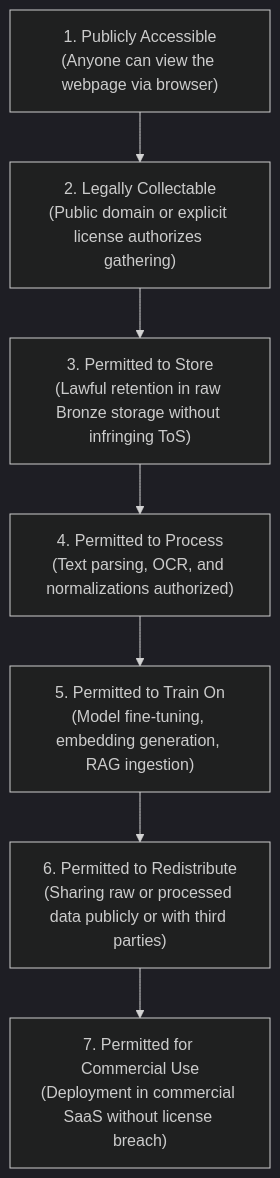
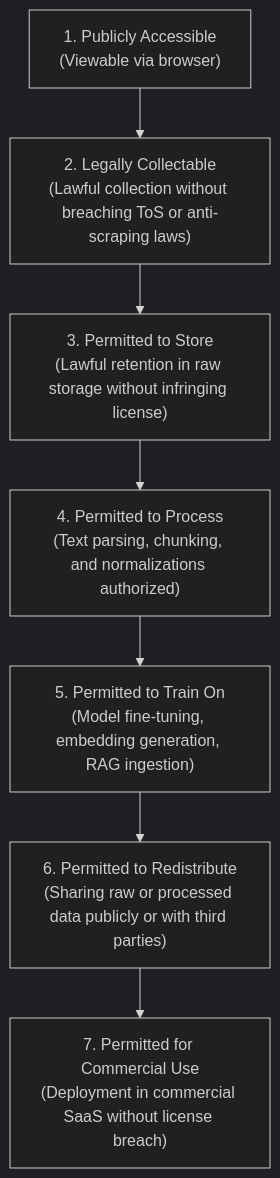
One commit to Yatharthnagpal/review changed the second of 3 diagrams in 03_LICENSE_AND_PROVENANCE_POLICY.md. Above: the diagram before and after it, drawn with Mermaid (dark theme). The commit also changed other lines of this file and 18 other files, not shown here.

````diff
--- a/03_LICENSE_AND_PROVENANCE_POLICY.md
+++ b/03_LICENSE_AND_PROVENANCE_POLICY.md
@@ -60,9 +89,9 @@
 ```mermaid
 graph TD
-    P1["1. Publicly Accessible<br/>(Anyone can view the webpage via browser)"] --> P2["2. Legally Collectable<br/>(Public domain or explicit license authorizes gathering)"]
-    P2 --> P3["3. Permitted to Store<br/>(Lawful retention in raw Bronze storage without infringing ToS)"]
-    P3 --> P4["4. Permitted to Process<br/>(Text parsing, OCR, and normalizations authorized)"]
+    P1["1. Publicly Accessible<br/>(Viewable via browser)"] --> P2["2. Legally Collectable<br/>(Lawful collection without breaching ToS or anti-scraping laws)"]
+    P2 --> P3["3. Permitted to Store<br/>(Lawful retention in raw storage without infringing license)"]
+    P3 --> P4["4. Permitted to Process<br/>(Text parsing, chunking, and normalizations authorized)"]
     P4 --> P5["5. Permitted to Train On<br/>(Model fine-tuning, embedding generation, RAG ingestion)"]
     P5 --> P6["6. Permitted to Redistribute<br/>(Sharing raw or processed data publicly or with third parties)"]
     P6 --> P7["7. Permitted for Commercial Use<br/>(Deployment in commercial SaaS without license breach)"]
 ```
````
